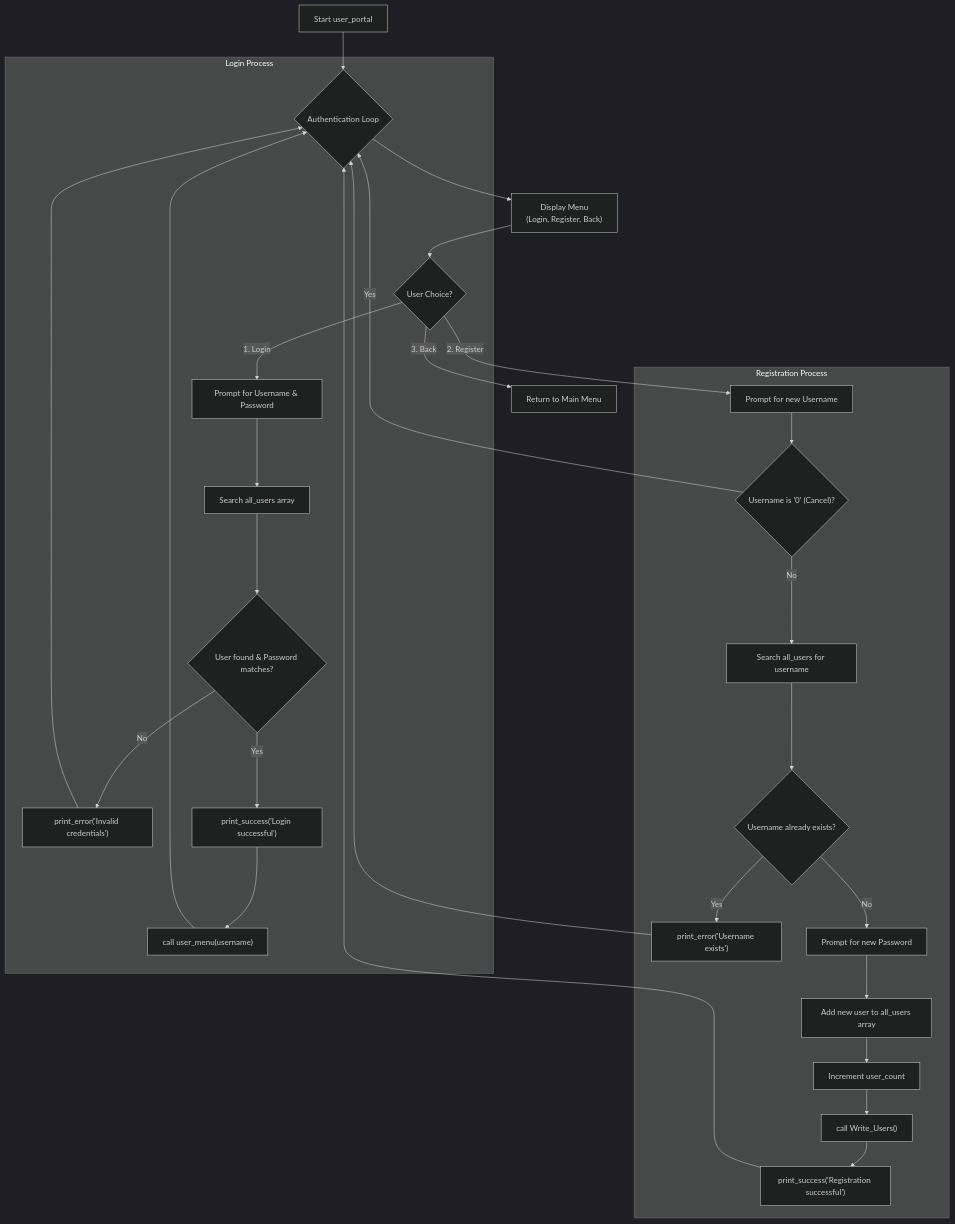
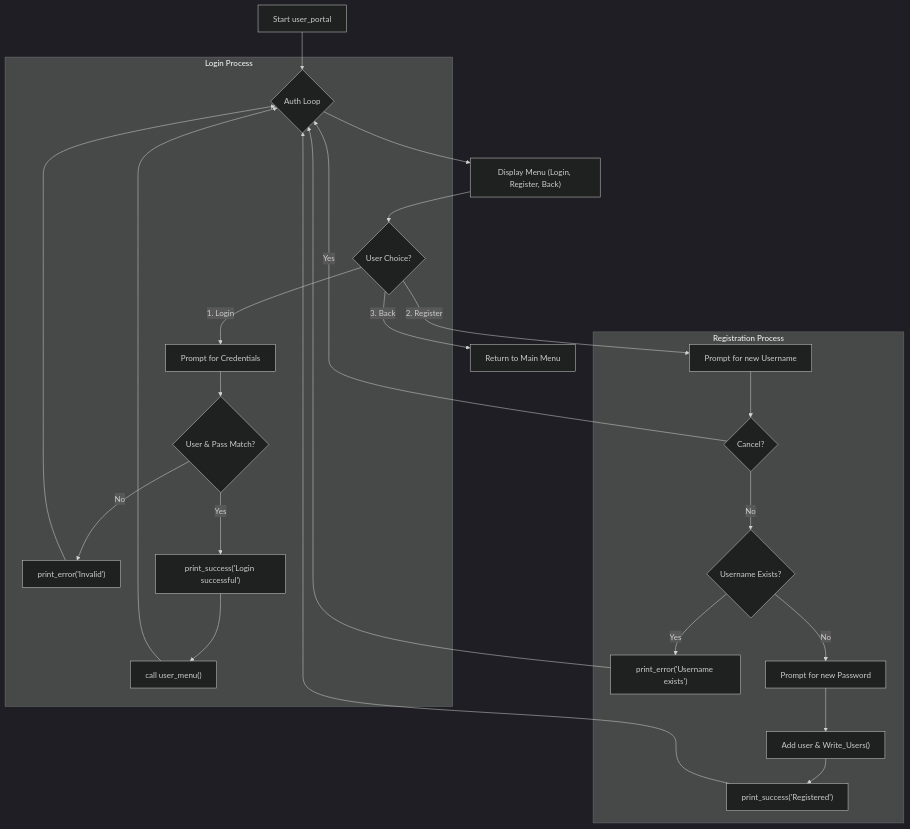
The fourth of 5 diagrams in README.md (QUENJiX/test.github.io), drawn with Mermaid (dark theme) before and after one commit. The commit also changed other lines of this file, not shown here.

````diff
--- a/README.md
+++ b/README.md
@@ -480,34 +351,30 @@
 ```mermaid
 graph TD
-    A["Start user_portal"] --> B{Authentication Loop};
-    B --> C["Display Menu\n(Login, Register, Back)"];
-    C --> D{User Choice?};
+    A["Start user_portal"] --> B{"Auth Loop"};
+    B --> C["Display Menu (Login, Register, Back)"];
+    C --> D{"User Choice?"};
     D -- "3. Back" --> E["Return to Main Menu"];
 
     subgraph "Login Process"
-        D -- "1. Login" --> F["Prompt for Username & Password"];
-        F --> G["Search all_users array"];
-        G --> H{"User found & Password matches?"};
-        H -- No --> I["print_error('Invalid credentials')"];
-        I --> B;
-        H -- Yes --> J["print_success('Login successful')"];
-        J --> K["call user_menu(username)"];
-        K --> B;
+        D -- "1. Login" --> F["Prompt for Credentials"];
+        F --> G{"User & Pass Match?"};
+        G -- No --> H["print_error('Invalid')"];
+        H --> B;
+        G -- Yes --> I["print_success('Login successful')"];
+        I --> J["call user_menu()"];
+        J --> B;
     end
 
     subgraph "Registration Process"
-        D -- "2. Register" --> L["Prompt for new Username"];
-        L --> M{"Username is '0' (Cancel)?"};
-        M -- Yes --> B;
-        M -- No --> N["Search all_users for username"];
-        N --> O{Username already exists?};
-        O -- Yes --> P["print_error('Username exists')"];
-        P --> B;
-        O -- No --> Q["Prompt for new Password"];
-        Q --> R["Add new user to all_users array"];
-        R --> S["Increment user_count"];
-        S --> T["call Write_Users()"];
-        T --> U["print_success('Registration successful')"];
-        U --> B;
+        D -- "2. Register" --> K["Prompt for new Username"];
+        K --> L{"Cancel?"};
+        L -- Yes --> B;
+        L -- No --> M{"Username Exists?"};
+        M -- Yes --> N["print_error('Username exists')"];
+        N --> B;
+        M -- No --> O["Prompt for new Password"];
+        O --> P["Add user & Write_Users()"];
+        P --> Q["print_success('Registered')"];
+        Q --> B;
     end
 ```
````
